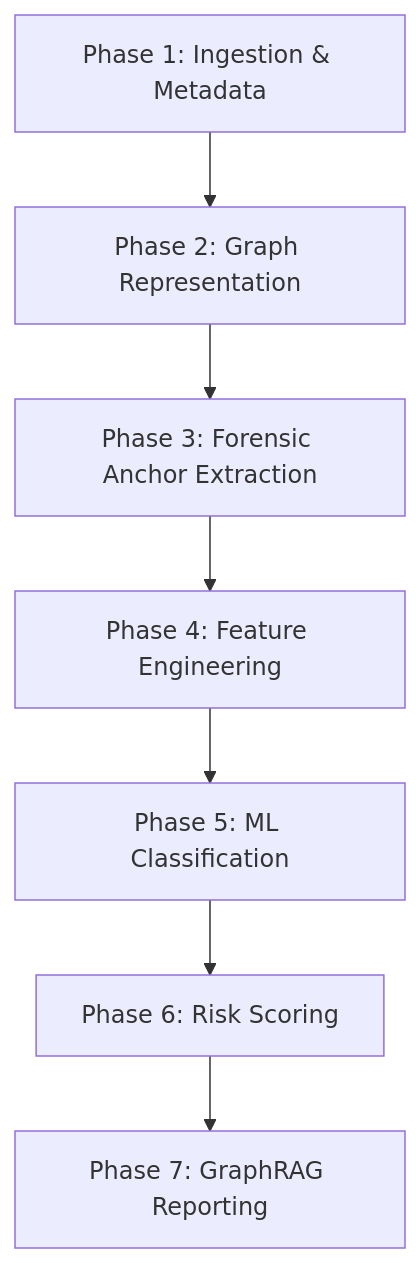
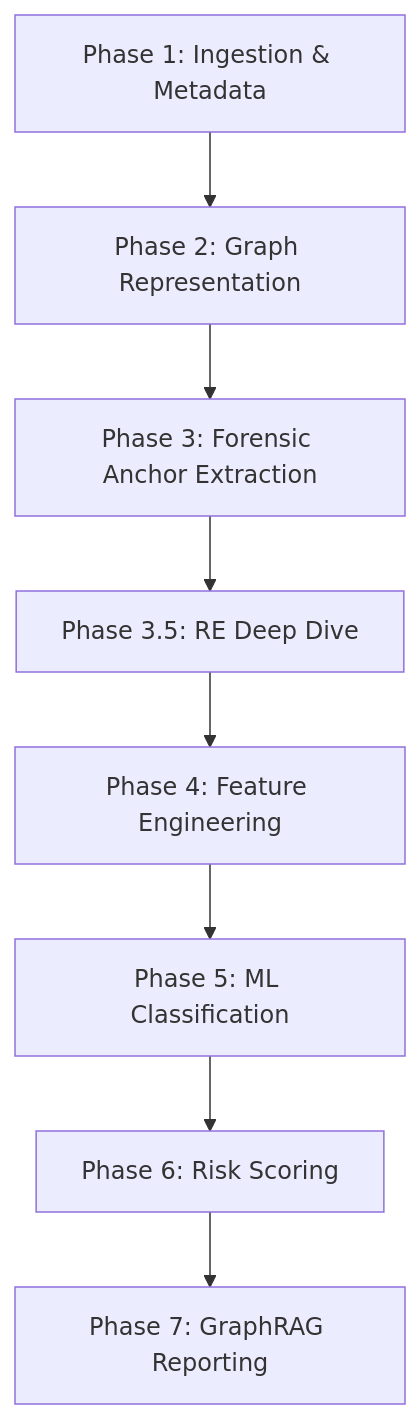
One commit to rohit-sundar/guardgraph-ai changed the diagram in PHASES.md. Above: the diagram before and after it, drawn with Mermaid. The commit also changed other lines of this file and 7 other files, not shown here.

````diff
--- a/PHASES.md
+++ b/PHASES.md
@@ -5,9 +5,10 @@
 ```mermaid
 graph TD
     A[Phase 1: Ingestion & Metadata] --> B[Phase 2: Graph Representation]
     B --> C[Phase 3: Forensic Anchor Extraction]
-    C --> D[Phase 4: Feature Engineering]
+    C --> C5[Phase 3.5: RE Deep Dive]
+    C5 --> D[Phase 4: Feature Engineering]
     D --> E[Phase 5: ML Classification]
     E --> F[Phase 6: Risk Scoring]
     F --> G[Phase 7: GraphRAG Reporting]
 ```
````
